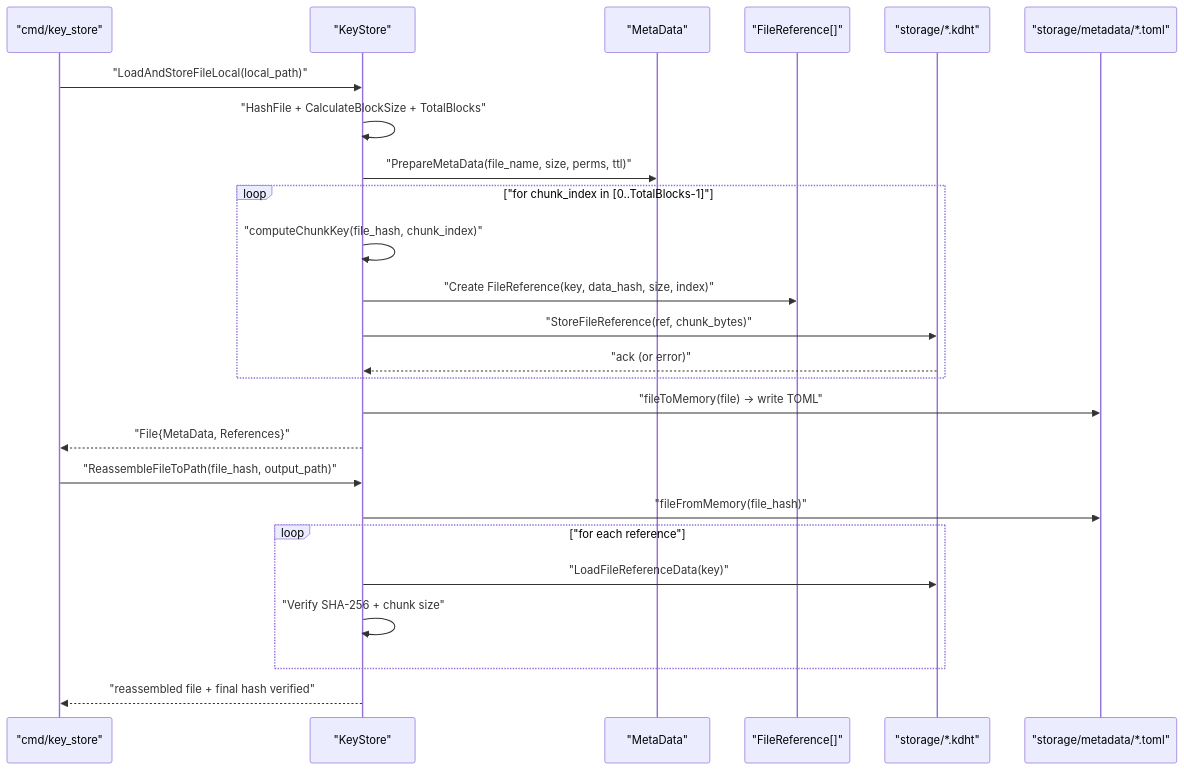
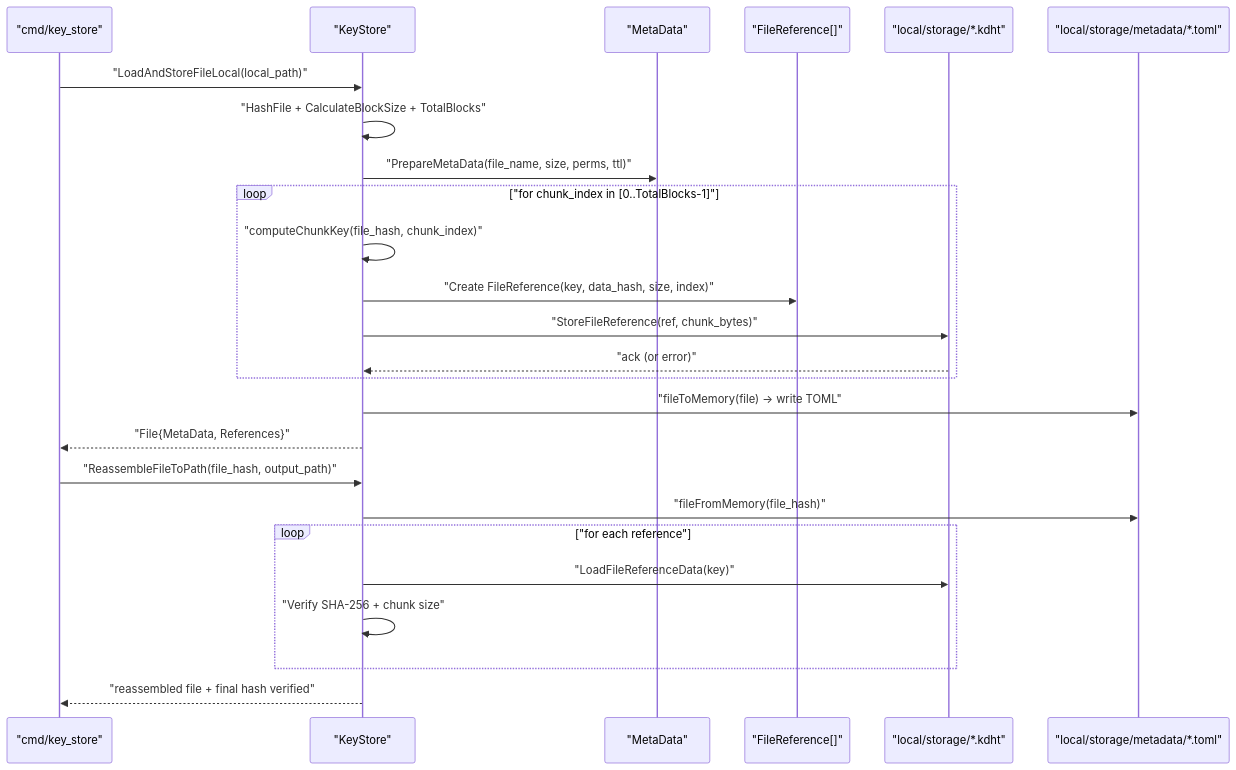
Before and after one commit to danmuck/dps_files: the diagram in docs/architecture/models/keystore_local_flow.mmd, drawn with Mermaid. The commit also changed 11 other files, not shown here.

```diff
--- a/docs/architecture/models/keystore_local_flow.mmd
+++ b/docs/architecture/models/keystore_local_flow.mmd
@@ -1,29 +1,29 @@
 sequenceDiagram
   participant CLI as "cmd/key_store"
   participant KS as "KeyStore"
   participant MD as "MetaData"
   participant REF as "FileReference[]"
-  participant DISK as "storage/*.kdht"
-  participant META as "storage/metadata/*.toml"
+  participant DISK as "local/storage/*.kdht"
+  participant META as "local/storage/metadata/*.toml"
 
   CLI->>KS: "LoadAndStoreFileLocal(local_path)"
   KS->>KS: "HashFile + CalculateBlockSize + TotalBlocks"
   KS->>MD: "PrepareMetaData(file_name, size, perms, ttl)"
 
   loop "for chunk_index in [0..TotalBlocks-1]"
     KS->>KS: "computeChunkKey(file_hash, chunk_index)"
     KS->>REF: "Create FileReference(key, data_hash, size, index)"
     KS->>DISK: "StoreFileReference(ref, chunk_bytes)"
     DISK-->>KS: "ack (or error)"
   end
 
   KS->>META: "fileToMemory(file) -> write TOML"
   KS-->>CLI: "File{MetaData, References}"
 
   CLI->>KS: "ReassembleFileToPath(file_hash, output_path)"
   KS->>META: "fileFromMemory(file_hash)"
   loop "for each reference"
     KS->>DISK: "LoadFileReferenceData(key)"
     KS->>KS: "Verify SHA-256 + chunk size"
   end
   KS-->>CLI: "reassembled file + final hash verified"
```
